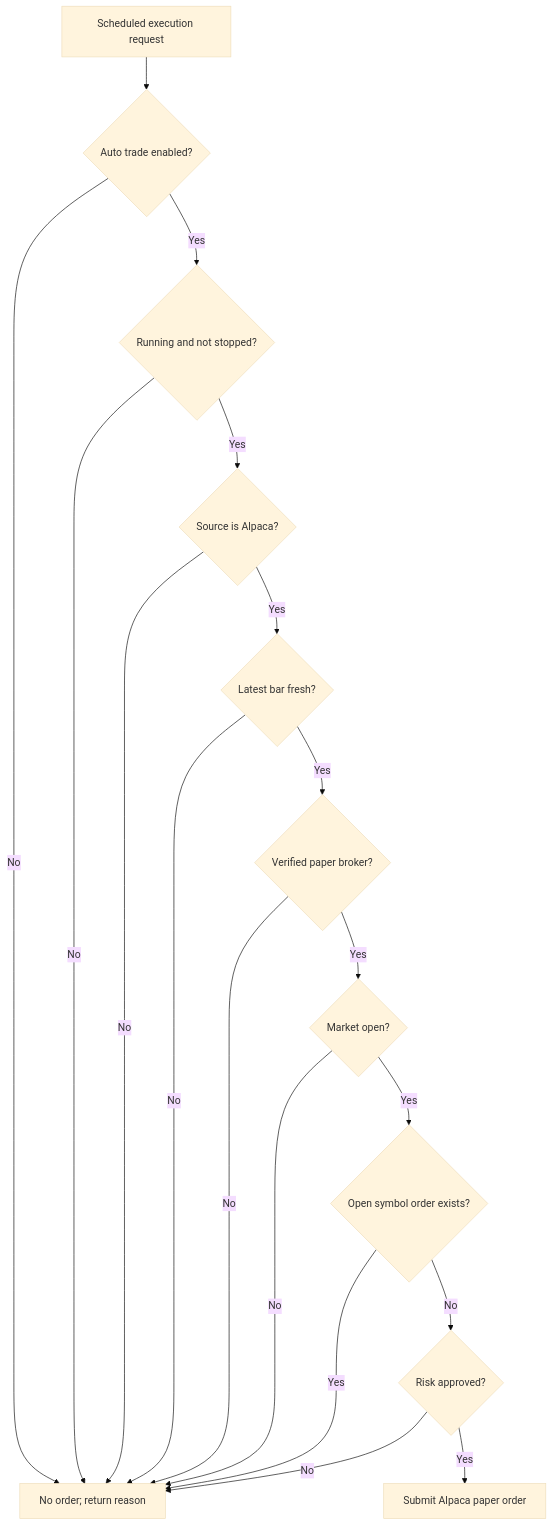
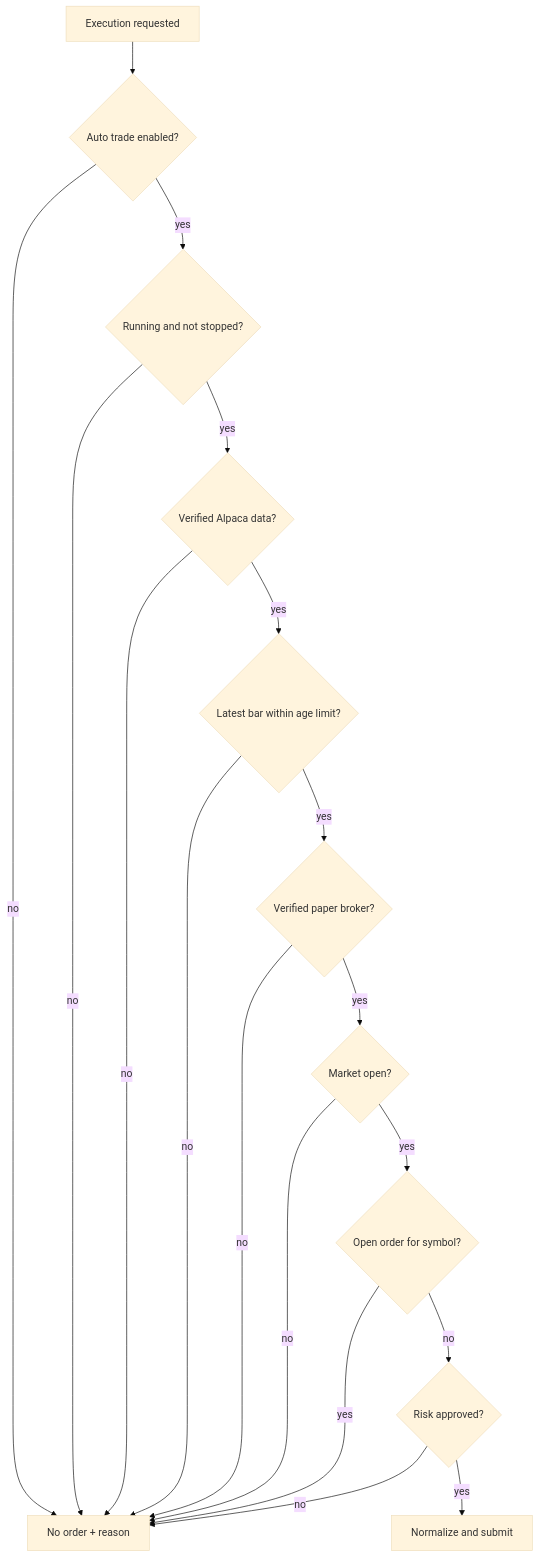
One commit to Koushikroyal2005/Trading-agent changed the sixth of 9 diagrams in docs/ARCHITECTURE.md. Above: the diagram before and after it, drawn with Mermaid (base theme). The commit also changed other lines of this file and 5 other files, not shown here.

Commit message:
fix trading protection and improve architecture docs

````diff
--- a/docs/ARCHITECTURE.md
+++ b/docs/ARCHITECTURE.md
@@ -216,20 +227,20 @@
 ```mermaid
 flowchart TD
-    START[Scheduled execution request] --> AUTO{Auto trade enabled?}
-    AUTO -- No --> BLOCK[No order; return reason]
-    AUTO -- Yes --> STOP{Running and not stopped?}
-    STOP -- No --> BLOCK
-    STOP -- Yes --> SOURCE{Source is Alpaca?}
-    SOURCE -- No --> BLOCK
-    SOURCE -- Yes --> FRESH{Latest bar fresh?}
-    FRESH -- No --> BLOCK
-    FRESH -- Yes --> BROKER{Verified paper broker?}
-    BROKER -- No --> BLOCK
-    BROKER -- Yes --> OPEN{Market open?}
-    OPEN -- No --> BLOCK
-    OPEN -- Yes --> DUP{Open symbol order exists?}
-    DUP -- Yes --> BLOCK
-    DUP -- No --> RISK{Risk approved?}
-    RISK -- No --> BLOCK
-    RISK -- Yes --> ORDER[Submit Alpaca paper order]
+    Request[Execution requested] --> Auto{Auto trade enabled?}
+    Auto -- no --> Reject[No order + reason]
+    Auto -- yes --> Running{Running and not stopped?}
+    Running -- no --> Reject
+    Running -- yes --> Source{Verified Alpaca data?}
+    Source -- no --> Reject
+    Source -- yes --> Fresh{Latest bar within age limit?}
+    Fresh -- no --> Reject
+    Fresh -- yes --> Paper{Verified paper broker?}
+    Paper -- no --> Reject
+    Paper -- yes --> Open{Market open?}
+    Open -- no --> Reject
+    Open -- yes --> Duplicate{Open order for symbol?}
+    Duplicate -- yes --> Reject
+    Duplicate -- no --> Risk{Risk approved?}
+    Risk -- no --> Reject
+    Risk -- yes --> Submit[Normalize and submit]
 ```
````
